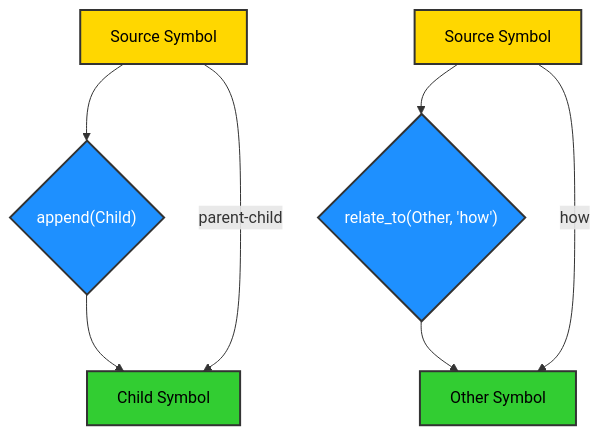
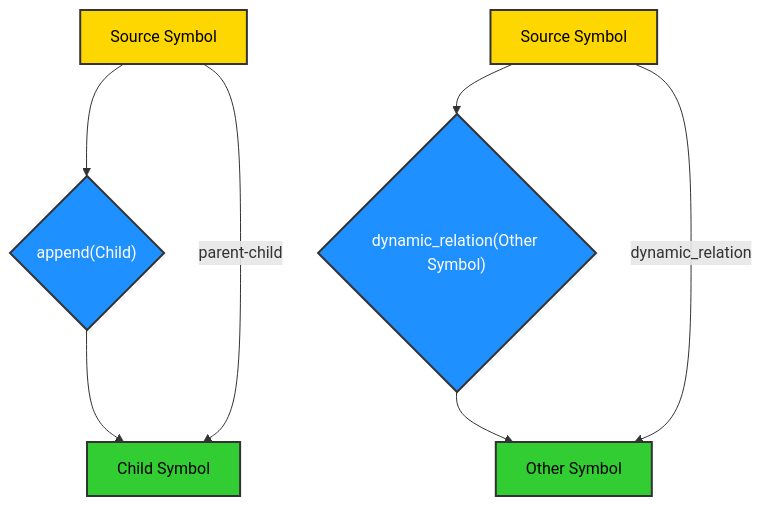
Before and after one commit to ikko/sym: the third of 13 diagrams in docs/topics/8_api_highlights/index.md, drawn with Mermaid. The commit also changed other lines of this file and 9 other files, not shown here.

````diff
--- a/docs/topics/8_api_highlights/index.md
+++ b/docs/topics/8_api_highlights/index.md
@@ -138,18 +138,18 @@
 ```mermaid
 graph TD
     A[Source Symbol] --> B{append#40;Child#41;};
     B --> C[Child Symbol];
     A -- "parent-child" --> C;
 
-    X[Source Symbol] --> Y{relate_to#40;Other, 'how'#41;};
+    X[Source Symbol] --> Y{dynamic_relation#40;Other Symbol#41;};
     Y --> Z[Other Symbol];
-    X -- "how" --> Z;
+    X -- "dynamic_relation" --> Z;
 
     style A fill:#FFD700,stroke:#333,stroke-width:2px,color:#000000;
     style B fill:#1E90FF,stroke:#333,stroke-width:2px,color:#FFFFFF;
     style C fill:#32CD32,stroke:#333,stroke-width:2px,color:#000000;
 
     style X fill:#FFD700,stroke:#333,stroke-width:2px,color:#000000;
     style Y fill:#1E90FF,stroke:#333,stroke-width:2px,color:#FFFFFF;
     style Z fill:#32CD32,stroke:#333,stroke-width:2px,color:#000000;
 ```
````
